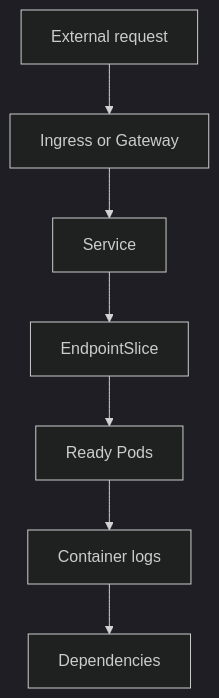
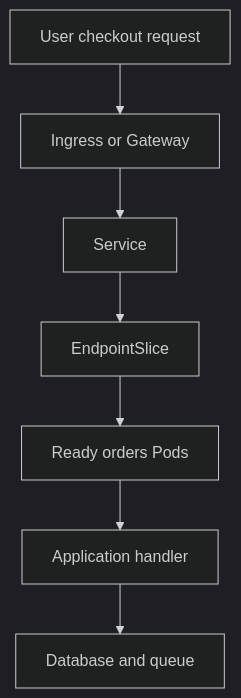
One commit to senlinyy/dev-roadmaps changed the diagram in containers-orchestration/kubernetes/operations/production-debugging-workflow.md. Above: the diagram before and after it, drawn with Mermaid (dark theme). The commit also changed other lines of this file and 119 other files, not shown here.

````diff
--- a/containers-orchestration/kubernetes/operations/production-debugging-workflow.md
+++ b/containers-orchestration/kubernetes/operations/production-debugging-workflow.md
@@ -80,9 +119,9 @@
 ```mermaid
 flowchart TD
-    A["External request"] --> B["Ingress or Gateway"]
+    A["User checkout request"] --> B["Ingress or Gateway"]
     B --> C["Service"]
     C --> D["EndpointSlice"]
-    D --> E["Ready Pods"]
-    E --> F["Container logs"]
-    F --> G["Dependencies"]
+    D --> E["Ready orders Pods"]
+    E --> F["Application handler"]
+    F --> G["Database and queue"]
 ```
````
